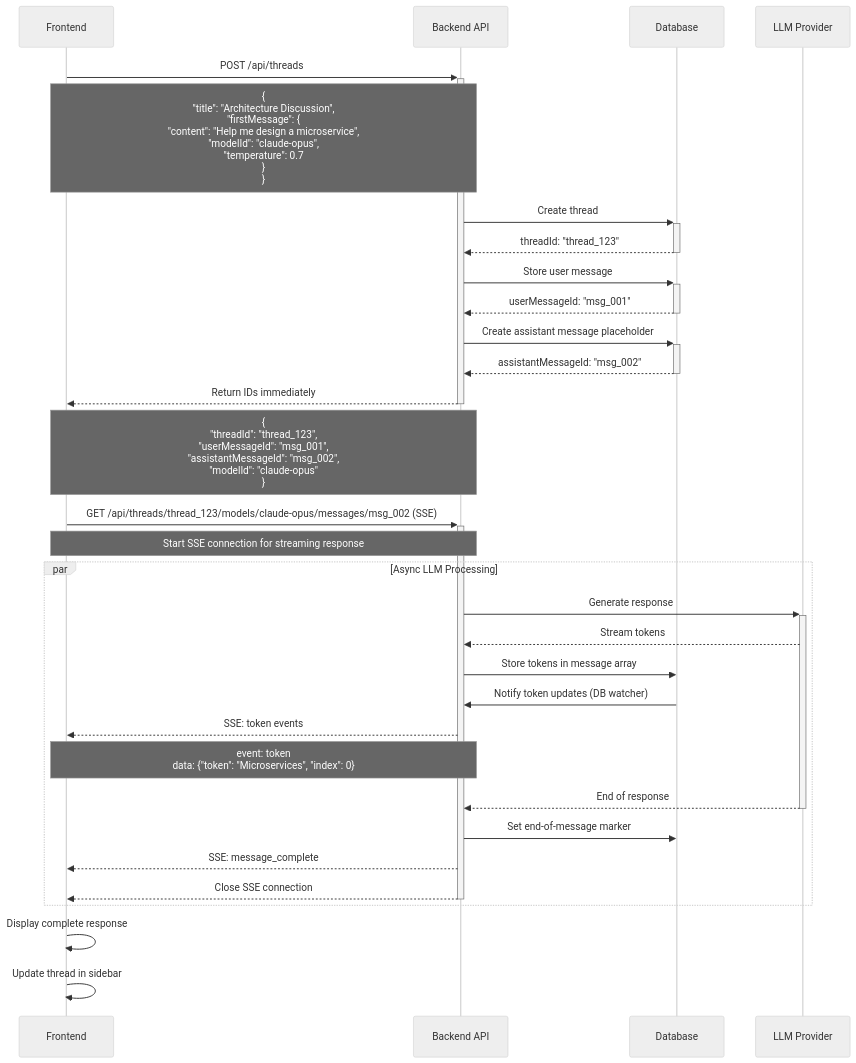
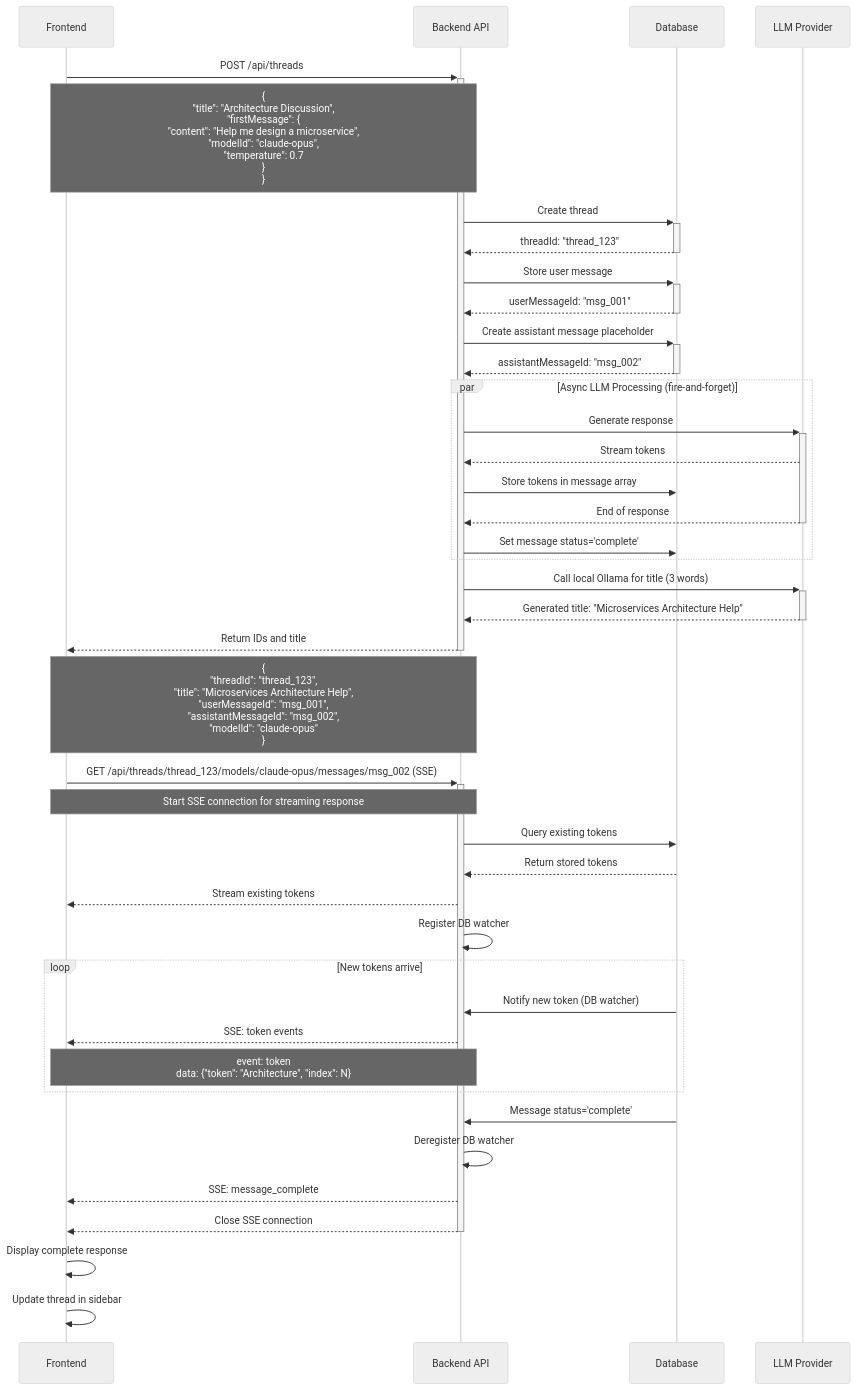
Before and after one commit to pandurangpatil/llm-chat: the second of 5 diagrams in frontend-backend-integration.md, drawn with Mermaid (neutral theme). The commit also changed other lines of this file and 3 other files, not shown here.

First line of the commit message:
Updated backend API call flow

````diff
--- a/frontend-backend-integration.md
+++ b/frontend-backend-integration.md
@@ -35,42 +35,55 @@
 ```mermaid
 sequenceDiagram
     participant UI as Frontend
     participant API as Backend API
     participant DB as Database
     participant LLM as LLM Provider
 
     UI->>+API: POST /api/threads
     Note over UI,API: {<br/>  "title": "Architecture Discussion",<br/>  "firstMessage": {<br/>    "content": "Help me design a microservice",<br/>    "modelId": "claude-opus",<br/>    "temperature": 0.7<br/>  }<br/>}
 
     API->>+DB: Create thread
     DB-->>-API: threadId: "thread_123"
 
     API->>+DB: Store user message
     DB-->>-API: userMessageId: "msg_001"
 
     API->>+DB: Create assistant message placeholder
     DB-->>-API: assistantMessageId: "msg_002"
 
-    API-->>-UI: Return IDs immediately
-    Note over UI,API: {<br/>  "threadId": "thread_123",<br/>  "userMessageId": "msg_001",<br/>  "assistantMessageId": "msg_002",<br/>  "modelId": "claude-opus"<br/>}
+    par Async LLM Processing (fire-and-forget)
+        API->>+LLM: Generate response
+        LLM-->>API: Stream tokens
+        API->>DB: Store tokens in message array
+        LLM-->>-API: End of response
+        API->>DB: Set message status='complete'
+    end
+
+    API->>+LLM: Call local Ollama for title (3 words)
+    LLM-->>-API: Generated title: "Microservices Architecture Help"
+
+    API-->>-UI: Return IDs and title
+    Note over UI,API: {<br/>  "threadId": "thread_123",<br/>  "title": "Microservices Architecture Help",<br/>  "userMessageId": "msg_001",<br/>  "assistantMessageId": "msg_002",<br/>  "modelId": "claude-opus"<br/>}
 
     UI->>+API: GET /api/threads/thread_123/models/claude-opus/messages/msg_002 (SSE)
     Note over UI,API: Start SSE connection for streaming response
 
-    par Async LLM Processing
-        API->>+LLM: Generate response
-        LLM-->>API: Stream tokens
-        API->>DB: Store tokens in message array
-        DB->>API: Notify token updates (DB watcher)
+    API->>DB: Query existing tokens
+    DB-->>API: Return stored tokens
+    API-->>UI: Stream existing tokens
+    API->>API: Register DB watcher
+
+    loop New tokens arrive
+        DB->>API: Notify new token (DB watcher)
         API-->>UI: SSE: token events
-        Note over UI,API: event: token<br/>data: {"token": "Microservices", "index": 0}
+        Note over UI,API: event: token<br/>data: {"token": "Architecture", "index": N}
+    end
 
-        LLM-->>-API: End of response
-        API->>DB: Set end-of-message marker
-        API-->>UI: SSE: message_complete
-        API-->>-UI: Close SSE connection
-    end
+    DB->>API: Message status='complete'
+    API->>API: Deregister DB watcher
+    API-->>UI: SSE: message_complete
+    API-->>-UI: Close SSE connection
 
     UI->>UI: Display complete response
     UI->>UI: Update thread in sidebar
 ```
````
